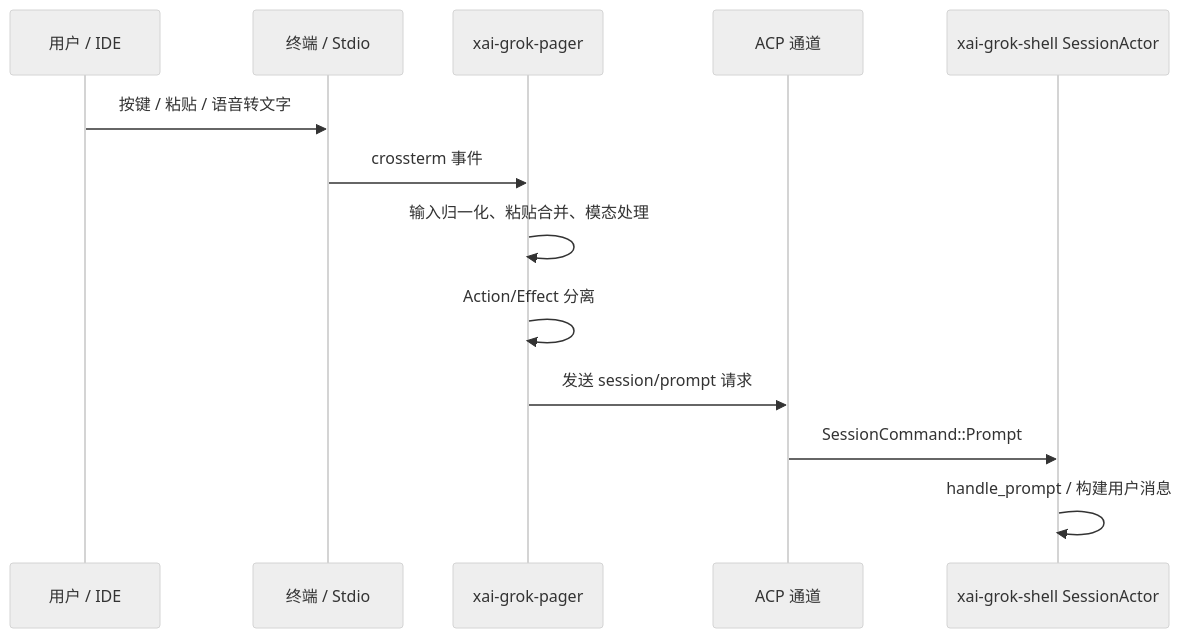
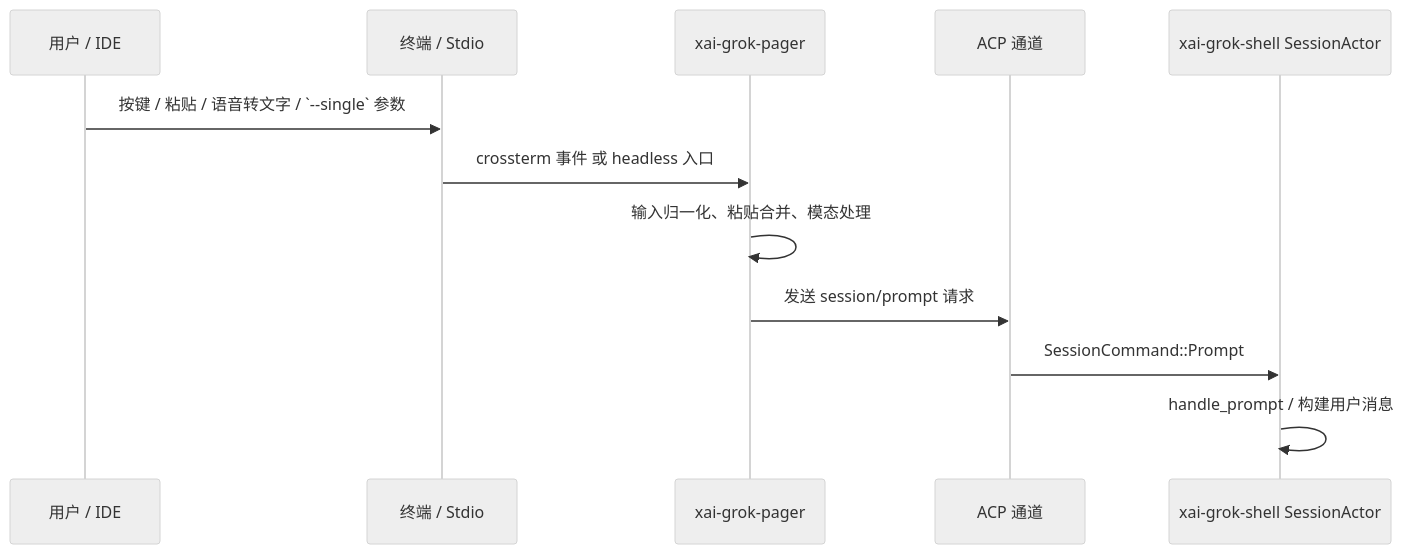
The second of 5 diagrams in docs/architecture.md (jefby/grok-build), drawn with Mermaid (neutral theme) before and after one commit. The commit also changed other lines of this file, not shown here.

Commit message:
docs: update architecture.md to reflect current crate layout and flows

````diff
--- a/docs/architecture.md
+++ b/docs/architecture.md
@@ -131,16 +165,15 @@
 ```mermaid
 sequenceDiagram
     participant User as 用户 / IDE
     participant Term as 终端 / Stdio
     participant Pager as xai-grok-pager
     participant ACP as ACP 通道
     participant Shell as xai-grok-shell SessionActor
 
-    User->>Term: 按键 / 粘贴 / 语音转文字
-    Term->>Pager: crossterm 事件
+    User->>Term: 按键 / 粘贴 / 语音转文字 / `--single` 参数
+    Term->>Pager: crossterm 事件 或 headless 入口
     Pager->>Pager: 输入归一化、粘贴合并、模态处理
-    Pager->>Pager: Action/Effect 分离
     Pager->>ACP: 发送 session/prompt 请求
     ACP->>Shell: SessionCommand::Prompt
     Shell->>Shell: handle_prompt / 构建用户消息
 ```
````
